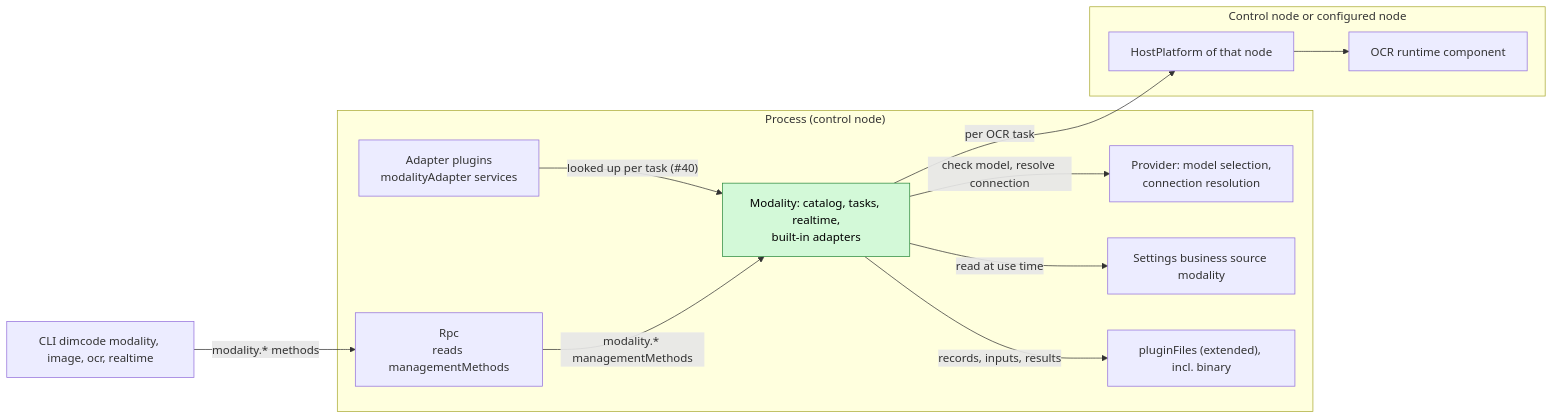
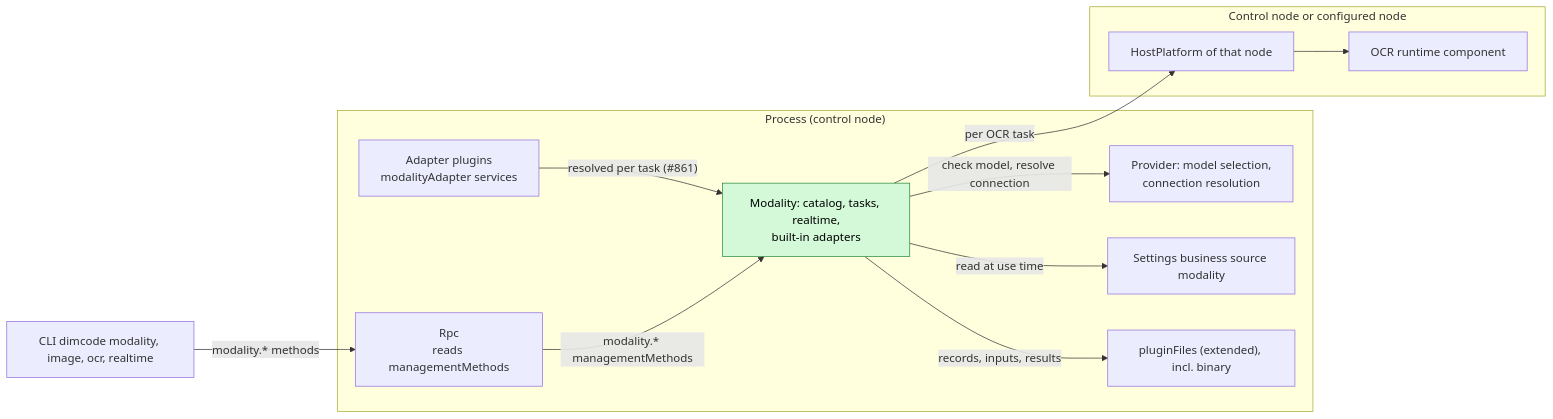
Before and after one commit to CoutinhoTTS/dim-agent: the first of 6 diagrams in docs/design/plugins/Modality.md, drawn with Mermaid. The commit also changed other lines of this file and 1 other file, not shown here.

````diff
--- a/docs/design/plugins/Modality.md
+++ b/docs/design/plugins/Modality.md
@@ -13,25 +13,25 @@
 ```mermaid
 flowchart LR
   subgraph PROC["Process (control node)"]
     Mod["Modality: catalog, tasks, realtime,<br/>built-in adapters"]:::new
     AdPlug["Adapter plugins<br/>modalityAdapter services"]
     Rpc["Rpc<br/>reads managementMethods"]
     Prov["Provider: model selection,<br/>connection resolution"]
     Set["Settings business source modality"]
     Store["pluginFiles (extended), incl. binary"]
   end
   subgraph NODE["Control node or configured node"]
     HP["HostPlatform of that node"]
     OCR["OCR runtime component"]
   end
   CLI["CLI dimcode modality, image, ocr, realtime"]
-  AdPlug -->|"looked up per task (#40)"| Mod
+  AdPlug -->|"resolved per task (#861)"| Mod
   Mod -->|"per OCR task"| HP
   HP --> OCR
   Mod -->|"check model, resolve connection"| Prov
   Mod -->|"records, inputs, results"| Store
   Mod -->|"read at use time"| Set
   Rpc -->|"modality.* managementMethods"| Mod
   CLI -->|"modality.* methods"| Rpc
   classDef new fill:#d3f9d8,stroke:#2b8a3e,color:#000
 ```
````
